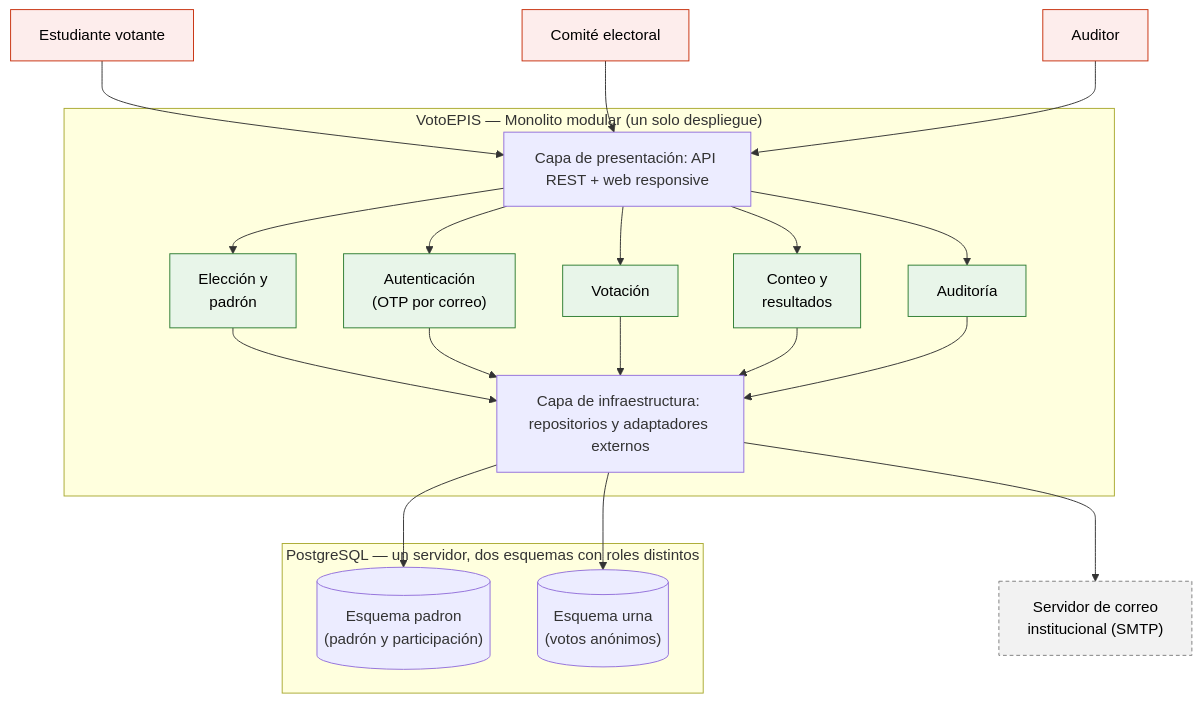
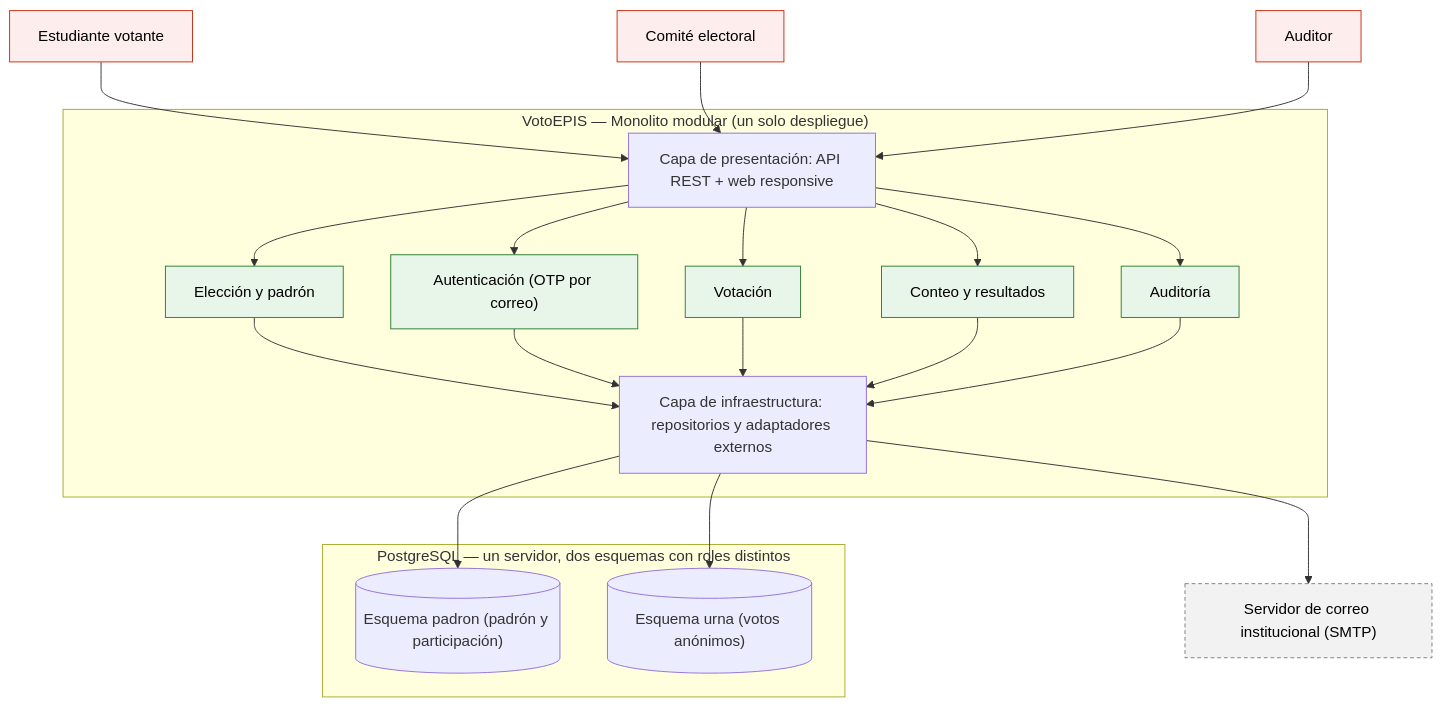
One commit to Echo104/cs-2026b-lab04-grupo05 changed the first of 2 diagrams in README.md. Above: the diagram before and after it, drawn with Mermaid. The commit also changed other lines of this file, not shown here.

````diff
--- a/README.md
+++ b/README.md
@@ -15,32 +27,38 @@
 ```mermaid
 flowchart TB
     ES["Estudiante votante"]
     CE["Comité electoral"]
     AU["Auditor"]
+
     subgraph APP["VotoEPIS — Monolito modular (un solo despliegue)"]
         API["Capa de presentación: API REST + web responsive"]
-        M1["Elección y<br/>padrón"]
-        M2["Autenticación<br/>(OTP por correo)"]
+        M1["Elección y padrón"]
+        M2["Autenticación (OTP por correo)"]
         M3["Votación"]
-        M4["Conteo y<br/>resultados"]
+        M4["Conteo y resultados"]
         M5["Auditoría"]
         INF["Capa de infraestructura: repositorios y adaptadores externos"]
     end
+
     subgraph PG["PostgreSQL — un servidor, dos esquemas con roles distintos"]
-        DBP[("Esquema padron<br/>(padrón y participación)")]
-        DBU[("Esquema urna<br/>(votos anónimos)")]
+        DBP[("Esquema padron (padrón y participación)")]
+        DBU[("Esquema urna (votos anónimos)")]
     end
-    SMTP["Servidor de correo<br/>institucional (SMTP)"]
+
+    SMTP["Servidor de correo institucional (SMTP)"]
+
     ES & CE & AU --> API
     API --> M1 & M2 & M3 & M4 & M5
     M1 & M2 & M3 & M4 & M5 --> INF
     INF --> DBP
     INF --> DBU
     INF --> SMTP
+
     classDef mod fill:#E8F5E9,stroke:#2E7D32,color:#000
-    classDef ext fill:#F2F2F2,stroke:#7F7F7F,color:#000,stroke-dasharray: 4 3
+    classDef ext fill:#F2F2F2,stroke:#7F7F7F,color:#000,stroke-dasharray:4 3
     classDef usr fill:#FDEDEC,stroke:#C8310E,color:#000
+
     class M1,M2,M3,M4,M5 mod
     class SMTP ext
     class ES,CE,AU usr
 ```
````
